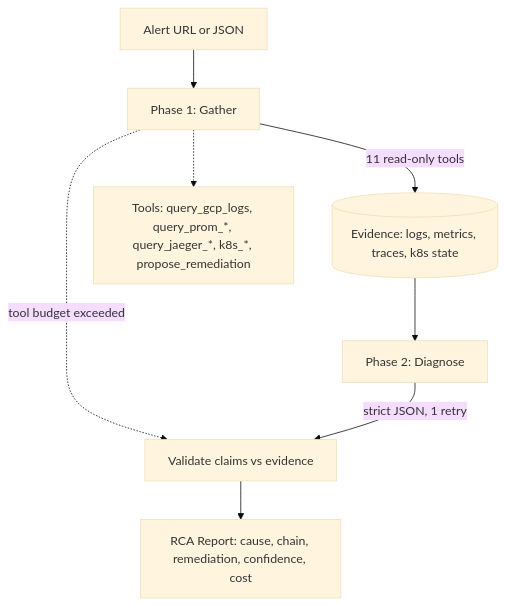
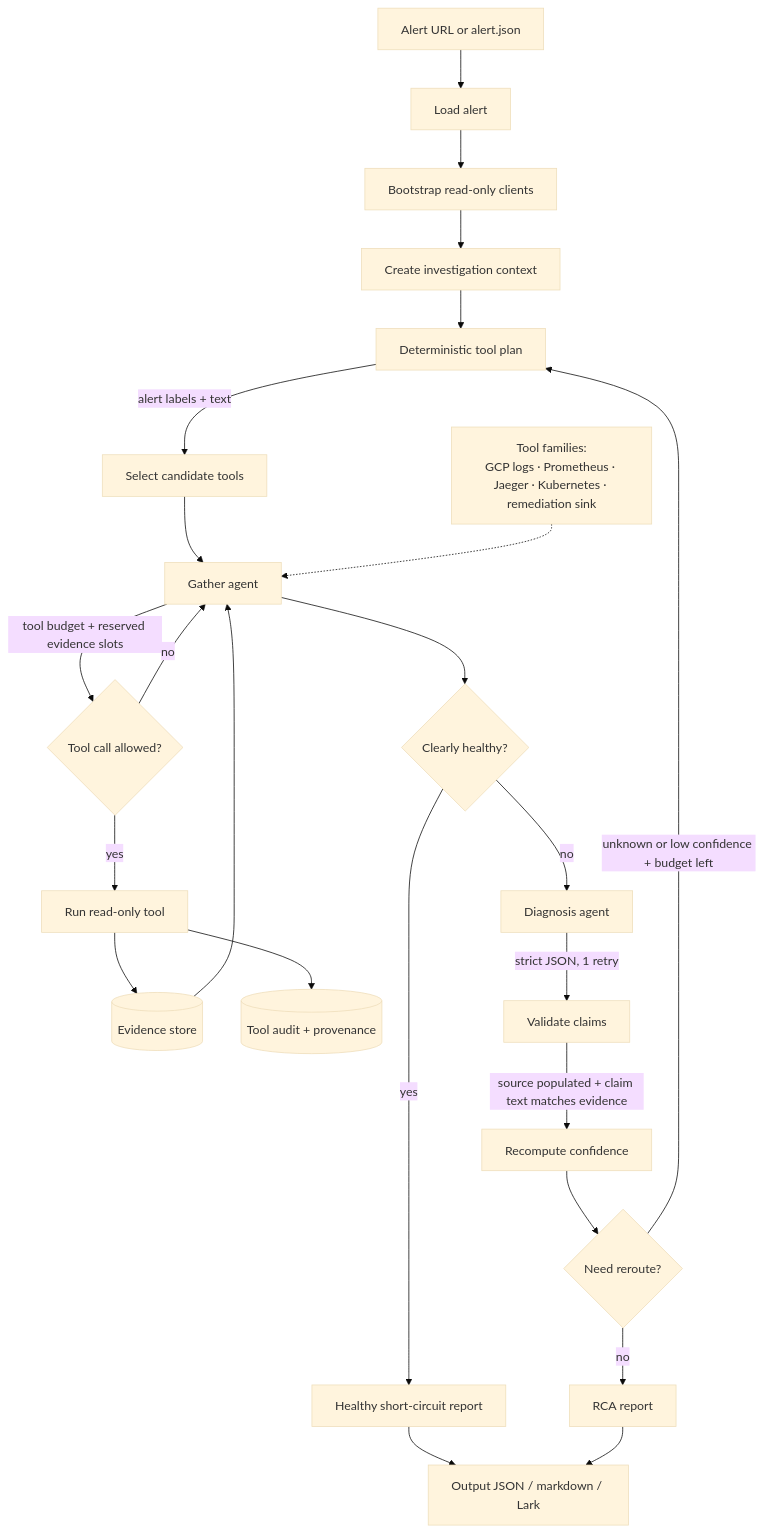
The diagram in README.md (polo871209/opsremedy), drawn with Mermaid (base theme) before and after one commit.

Commit message:
docs(readme): expand investigation flow diagram

````diff
--- a/README.md
+++ b/README.md
@@ -23,11 +23,32 @@
 ```mermaid
 flowchart TD
-    A[Alert URL or JSON] --> C[Phase 1: Gather]
-    C -->|11 read-only tools| D[(Evidence: logs, metrics, traces, k8s state)]
-    C -.->|tool budget exceeded| F
-    D --> E[Phase 2: Diagnose]
-    E -->|strict JSON, 1 retry| F[Validate claims vs evidence]
-    F --> G[RCA Report: cause, chain, remediation, confidence, cost]
+    A[Alert URL or alert.json] --> B[Load alert]
+    B --> C[Bootstrap read-only clients]
+    C --> D[Create investigation context]
 
-    C -.-> T[Tools: query_gcp_logs, query_prom_*, query_jaeger_*, k8s_*, propose_remediation]
+    D --> E[Deterministic tool plan]
+    E -->|alert labels + text| F[Select candidate tools]
+    F --> G[Gather agent]
+
+    G -->|tool budget + reserved evidence slots| H{Tool call allowed?}
+    H -->|yes| I[Run read-only tool]
+    H -->|no| G
+    I --> J[(Evidence store)]
+    I --> K[(Tool audit + provenance)]
+    J --> G
+
+    G --> L{Clearly healthy?}
+    L -->|yes| M[Healthy short-circuit report]
+    L -->|no| N[Diagnosis agent]
+
+    N -->|strict JSON, 1 retry| O[Validate claims]
+    O -->|source populated + claim text matches evidence| P[Recompute confidence]
+    P --> Q{Need reroute?}
+    Q -->|unknown or low confidence + budget left| E
+    Q -->|no| R[RCA report]
+
+    M --> S[Output JSON / markdown / Lark]
+    R --> S
+
+    T[Tool families:<br/>GCP logs · Prometheus · Jaeger · Kubernetes · remediation sink] -.-> G
 ```
````
